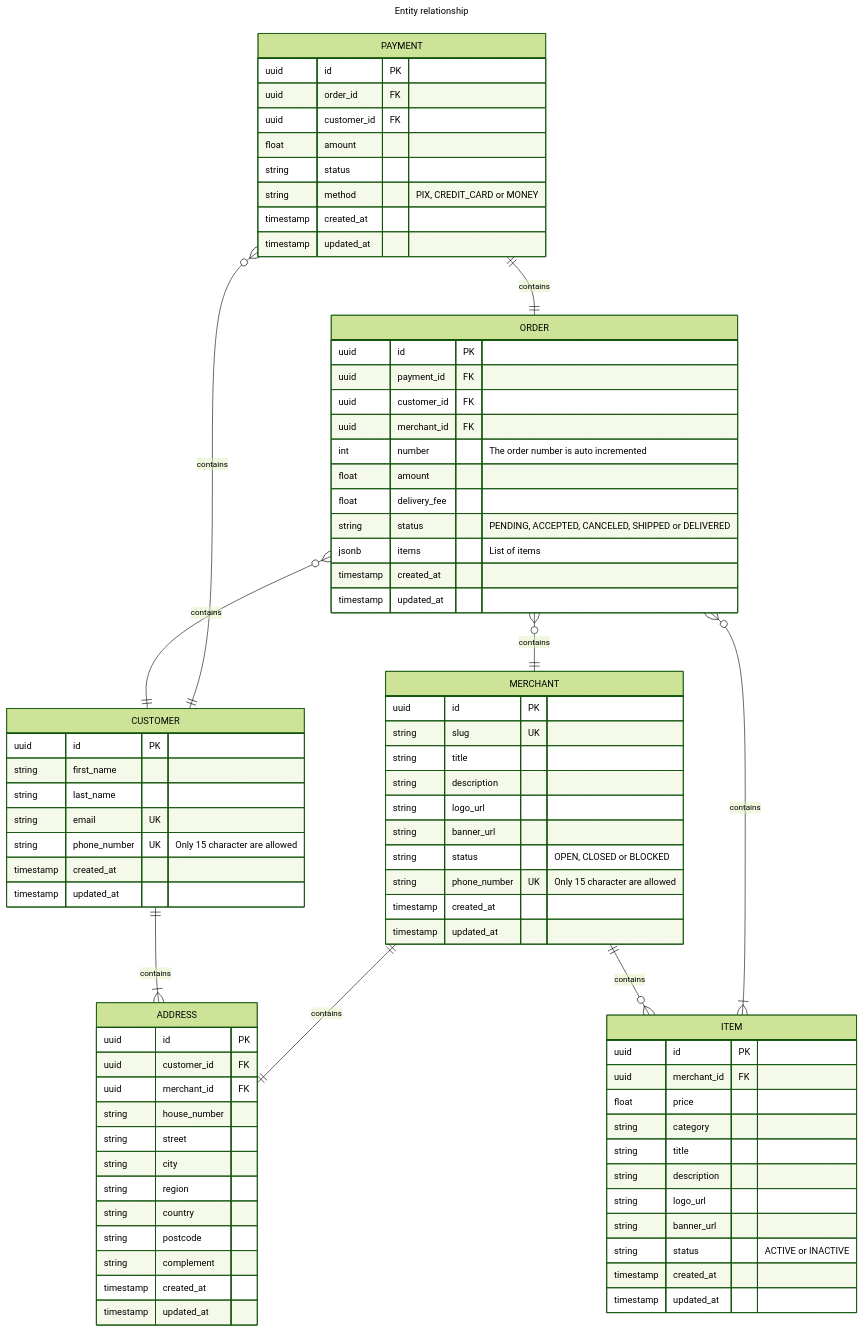
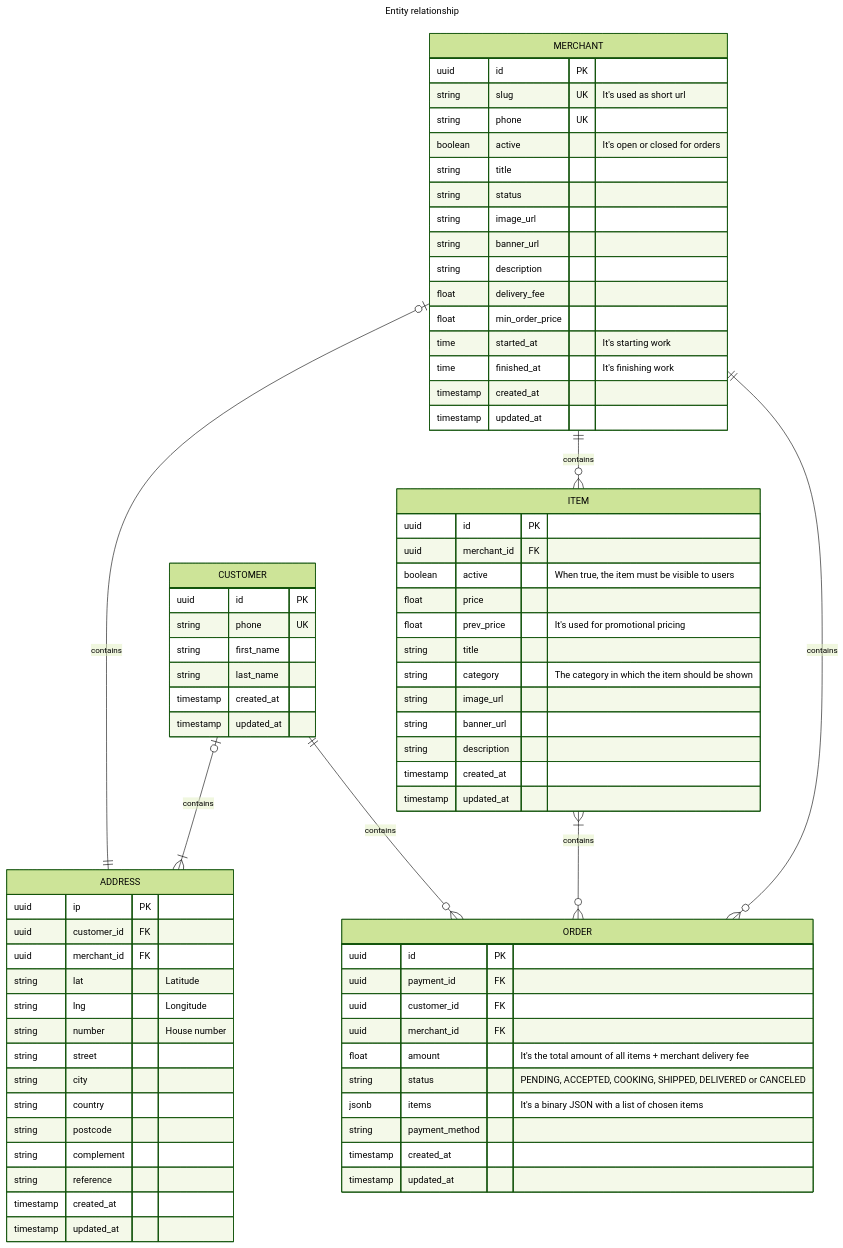
The diagram in docs/entity–relationship.md (Daniel0liver/easymenu), drawn with Mermaid (forest theme) before and after one commit.

Commit message:
docs: update entity relationship diagram

````diff
--- a/docs/entity–relationship.md
+++ b/docs/entity–relationship.md
@@ -3,92 +3,83 @@
 title: Entity relationship
 ---
 erDiagram
-    CUSTOMER {
-      uuid id PK
-      string first_name
-      string last_name
-      string email UK
-      string phone_number UK "Only 15 character are allowed"
-      timestamp created_at
-      timestamp updated_at
-    }
+  CUSTOMER {
+    uuid      id          PK
+    string    phone       UK 
+    string    first_name
+    string    last_name
+    timestamp created_at
+    timestamp updated_at
+  }
 
-    MERCHANT {
-      uuid id PK
-      string slug UK
-      string title
-      string description
-      string logo_url
-      string banner_url
-      string status "OPEN, CLOSED or BLOCKED"
-      string phone_number UK "Only 15 character are allowed"
-      timestamp created_at
-      timestamp updated_at
-    }
-    
-    ITEM {
-      uuid id PK
-      uuid merchant_id FK
-      float price 
-      string category
-      string title
-      string description
-      string logo_url
-      string banner_url
-      string status "ACTIVE or INACTIVE"
-      timestamp created_at
-      timestamp updated_at
-    }
+  ADDRESS {
+    uuid      ip            PK
+    uuid      customer_id   FK
+    uuid      merchant_id   FK
+    string    lat               "Latitude"
+    string    lng               "Longitude"
+    string    number            "House number"
+    string    street      
+    string    city        
+    string    country     
+    string    postcode    
+    string    complement  
+    string    reference   
+    timestamp created_at
+    timestamp updated_at
+  }
 
-    ADDRESS {
-      uuid id PK
-      uuid customer_id FK
-      uuid merchant_id FK
-      string house_number
-      string street
-      string city
-      string region
-      string country
-      string postcode
-      string complement
-      timestamp created_at
-      timestamp updated_at
-    }
+  MERCHANT {
+    uuid      id                PK
+    string    slug              UK  "It's used as short url"
+    string    phone             UK
+    boolean   active                "It's open or closed for orders"
+    string    title
+    string    status
+    string    image_url
+    string    banner_url
+    string    description
+    float     delivery_fee
+    float     min_order_price
+    time      started_at             "It's starting work"
+    time      finished_at            "It's finishing work"
+    timestamp created_at
+    timestamp updated_at
+  }
+  
+  ITEM {
+    uuid      id            PK
+    uuid      merchant_id   FK
+    boolean   active            "When true, the item must be visible to users"
+    float     price 
+    float     prev_price        "It's used for promotional pricing"
+    string    title
+    string    category          "The category in which the item should be shown"
+    string    image_url
+    string    banner_url
+    string    description
+    timestamp created_at
+    timestamp updated_at
+  }
 
-    ORDER {
-      uuid id PK
-      uuid payment_id FK
-      uuid customer_id FK
-      uuid merchant_id FK
-      int number "The order number is auto incremented"
-      float amount
-      float delivery_fee
-      string status "PENDING, ACCEPTED, CANCELED, SHIPPED or DELIVERED"
-      jsonb items "List of items"
-      timestamp created_at
-      timestamp updated_at
-    }
+  ORDER {
+    uuid      id             PK
+    uuid      payment_id     FK
+    uuid      customer_id    FK
+    uuid      merchant_id    FK
+    float     amount             "It's the total amount of all items + merchant delivery fee"
+    string    status             "PENDING, ACCEPTED, COOKING, SHIPPED, DELIVERED or CANCELED"
+    jsonb     items              "It's a binary JSON with a list of chosen items"
+    string    payment_method 
+    timestamp created_at
+    timestamp updated_at
+  }
 
-    PAYMENT {
-      uuid id PK
-      uuid order_id FK
-      uuid customer_id FK
-      float amount
-      string status
-      string method "PIX, CREDIT_CARD or MONEY"
-      timestamp created_at
-      timestamp updated_at
-    }
+  MERCHANT  ||--o{  ITEM:     contains
+  MERCHANT  |o--||  ADDRESS:  contains
+  CUSTOMER  ||--o{  ORDER:    contains
+  ITEM      }|--o{  ORDER:    contains
+  MERCHANT  ||--o{  ORDER:    contains
+  CUSTOMER  |o--|{  ADDRESS:  contains
 
-    CUSTOMER ||--|{ ADDRESS: contains
-
-    MERCHANT ||--o{ ITEM: contains
-    MERCHANT ||--|| ADDRESS: contains
-
-    ORDER }o--|| CUSTOMER: contains 
-    ORDER }o--|| MERCHANT: contains
-    ORDER }o--|{ ITEM: contains
-
-    PAYMENT ||--|| ORDER: contains
-    PAYMENT }o--|| CUSTOMER: contains
 ```
````
